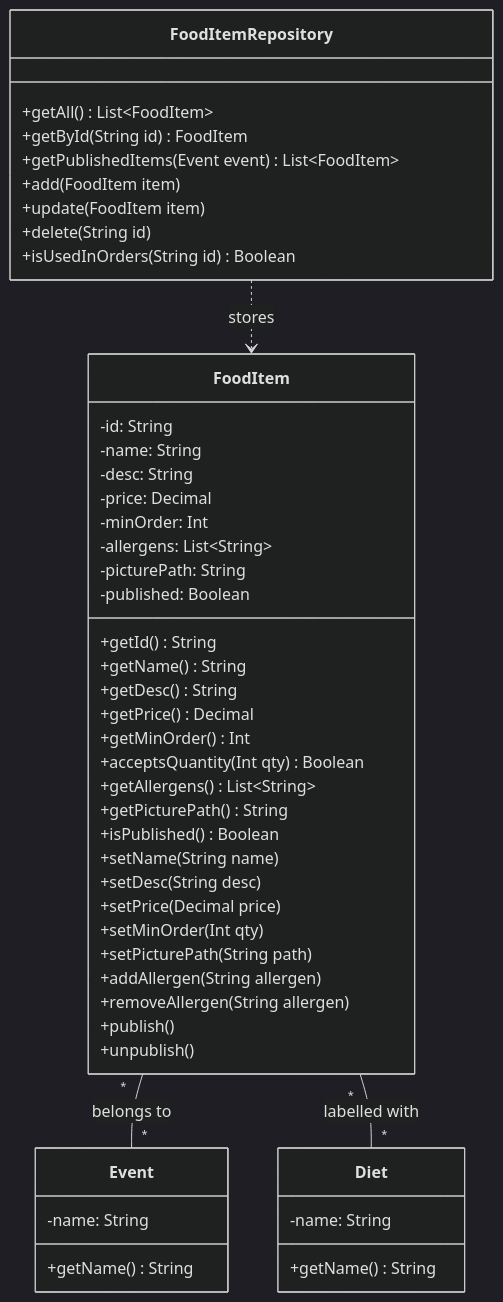
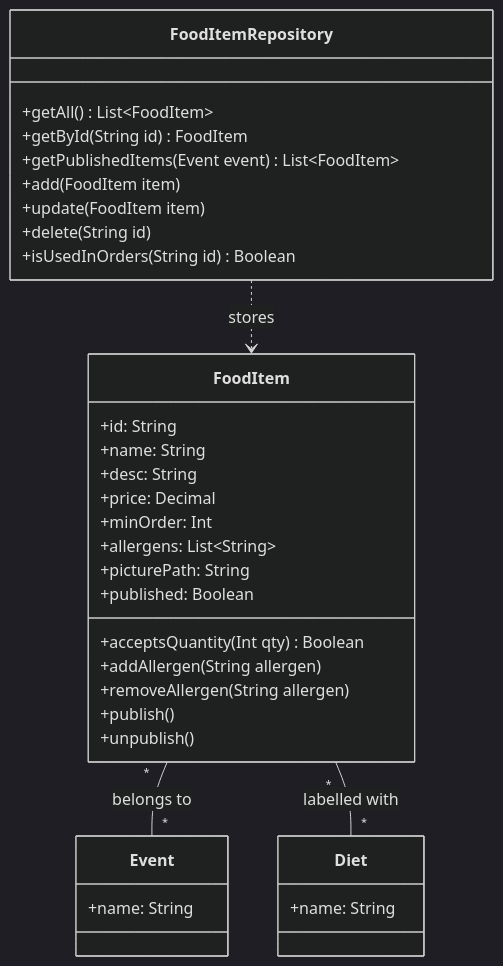
The diagram in docs/plans/domain-food-class.md (vikri8772/assignment4), drawn with Mermaid (dark theme) before and after one commit. The commit also changed 1 other file, not shown here.

Commit message:
Remove getters and setters from the food and QA class diagrams
The code uses plain Python attributes, and the orders diagram already
had no getters, so all three domain diagrams now match.

````diff
--- a/docs/plans/domain-food-class.md
+++ b/docs/plans/domain-food-class.md
@@ -5,56 +5,41 @@
 ```mermaid
    classDiagram
     class FoodItem {
-        -id: String
-        -name: String
-        -desc: String
-        -price: Decimal
-        -minOrder: Int
-        -allergens: List~String~
-        -picturePath: String
-        -published: Boolean
-        +getId() String
-        +getName() String
-        +getDesc() String
-        +getPrice() Decimal
-        +getMinOrder() Int
+        +id: String
+        +name: String
+        +desc: String
+        +price: Decimal
+        +minOrder: Int
+        +allergens: List~String~
+        +picturePath: String
+        +published: Boolean
         +acceptsQuantity(Int qty) Boolean
-        +getAllergens() List~String~
-        +getPicturePath() String
-        +isPublished() Boolean
-        +setName(String name)
-        +setDesc(String desc)
-        +setPrice(Decimal price)
-        +setMinOrder(Int qty)
-        +setPicturePath(String path)
         +addAllergen(String allergen)
         +removeAllergen(String allergen)
         +publish()
         +unpublish()
     }
 
     class Event {
-        -name: String
-        +getName() String
+        +name: String
     }
 
     class Diet {
-        -name: String
-        +getName() String
+        +name: String
     }
 
     class FoodItemRepository {
         +getAll() List~FoodItem~
         +getById(String id) FoodItem
         +getPublishedItems(Event event) List~FoodItem~
         +add(FoodItem item)
         +update(FoodItem item)
         +delete(String id)
         +isUsedInOrders(String id) Boolean
     }
 
     FoodItem "*" -- "*" Event : belongs to
     FoodItem "*" -- "*" Diet : labelled with
     FoodItemRepository ..> FoodItem : stores
 
 ```
````
